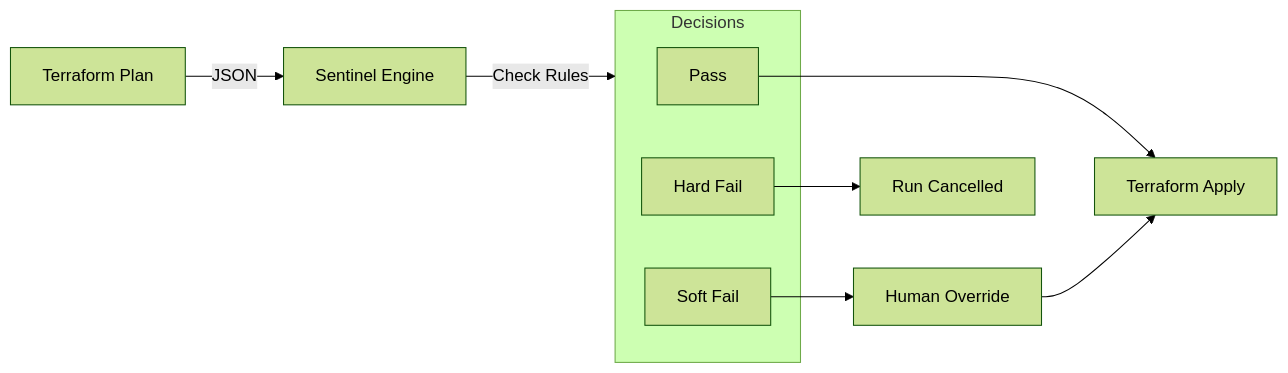
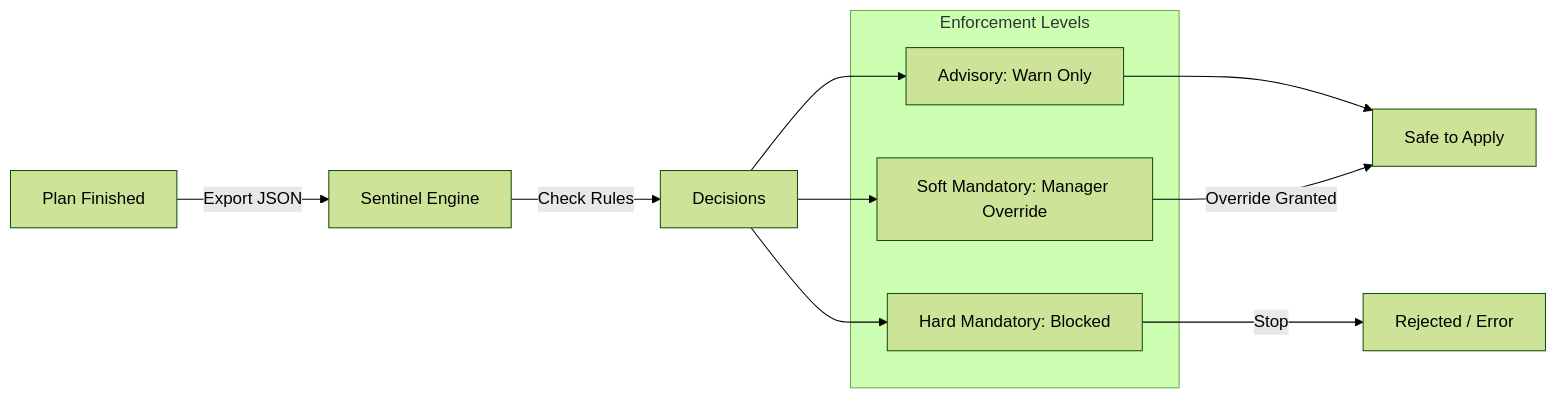
One commit to Ganil151/Devops changed the diagram in 2-Intermediate/02-Phase-2/05-Configuration-Tools/01-Terraform/06-Terraform-Cloud/06-Policy-as-Code-Sentinel/README.md. Above: the diagram before and after it, drawn with Mermaid (forest theme). The commit also changed other lines of this file and 48 other files, not shown here.

````diff
--- a/2-Intermediate/02-Phase-2/05-Configuration-Tools/01-Terraform/06-Terraform-Cloud/06-Policy-as-Code-Sentinel/README.md
+++ b/2-Intermediate/02-Phase-2/05-Configuration-Tools/01-Terraform/06-Terraform-Cloud/06-Policy-as-Code-Sentinel/README.md
@@ -12,16 +13,19 @@
 ```mermaid
 graph LR
-    Plan[Terraform Plan] -->|JSON| Sentinel[Sentinel Engine]
+    Plan[Plan Finished] -->|Export JSON| Sentinel[Sentinel Engine]
     Sentinel -->|Check Rules| Decisions
 
-subgraph "Decisions"
-        Pass[Pass]
-        Soft[Soft Fail]
-        Hard[Hard Fail]
+    subgraph "Enforcement Levels"
+        Advisory[Advisory: Warn Only]
+        Soft[Soft Mandatory: Manager Override]
+        Hard[Hard Mandatory: Blocked]
     end
 
-Pass --> Apply[Terraform Apply]
-    Soft --> Manual[Human Override]
-    Manual --> Apply
-    Hard --> Reject[Run Cancelled]
+    Decisions --> Advisory
+    Decisions --> Soft
+    Decisions --> Hard
+
+    Advisory --> Apply[Safe to Apply]
+    Soft -->|Override Granted| Apply
+    Hard -->|Stop| Reject[Rejected / Error]
 ```
````
